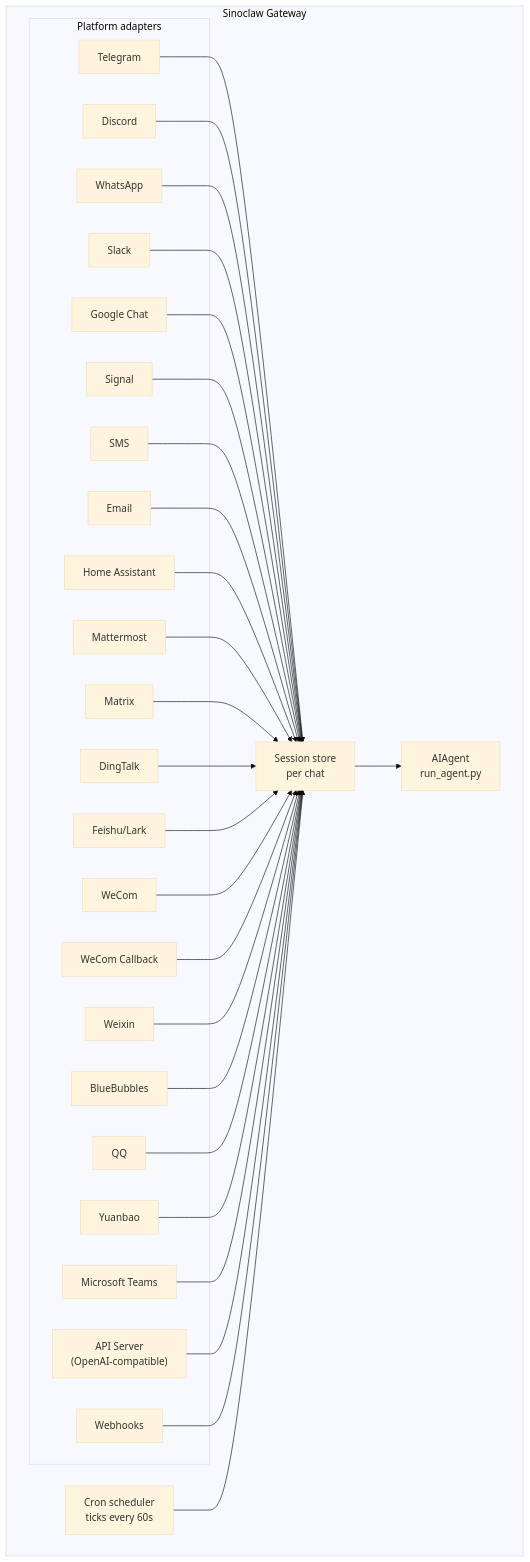
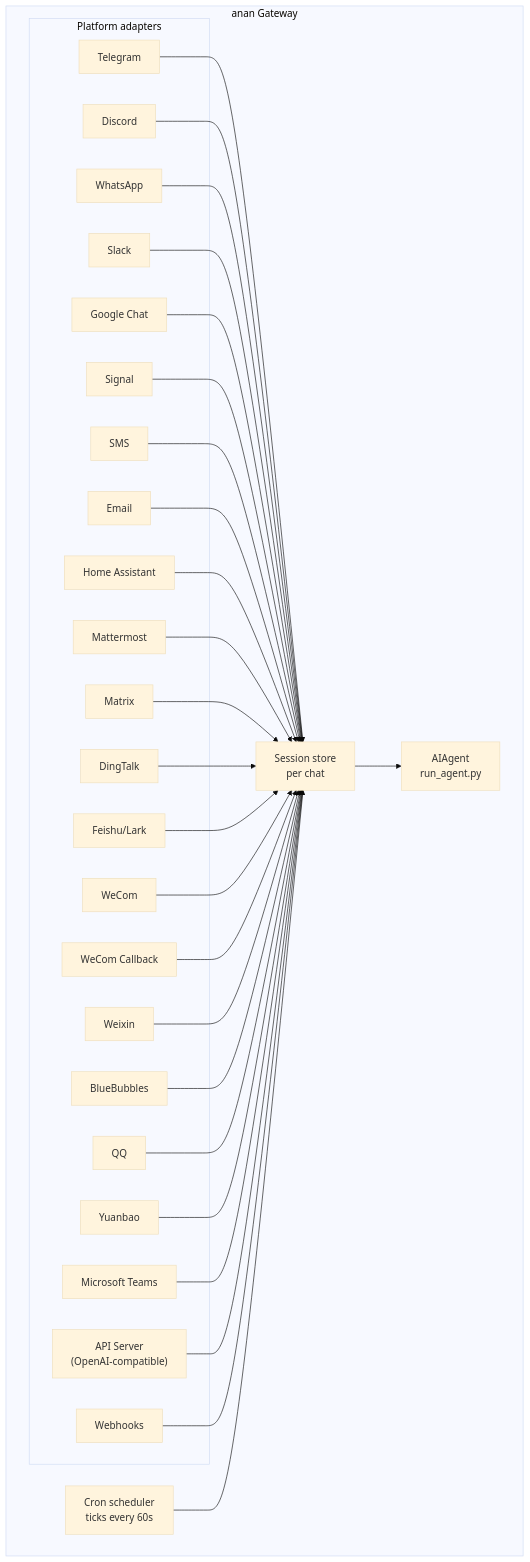
The diagram in website/docs/user-guide/messaging/index.md (sinoclaw/anan), drawn with Mermaid (base theme) before and after one commit. The commit also changed other lines of this file and 882 other files, not shown here.

Commit message:
refactor: sinoclaw→anan brand rename (round 2, 879 files)

````diff
--- a/website/docs/user-guide/messaging/index.md
+++ b/website/docs/user-guide/messaging/index.md
@@ -42,58 +42,58 @@
 ```mermaid
 flowchart TB
-    subgraph Gateway["Sinoclaw Gateway"]
+    subgraph Gateway["anan Gateway"]
         subgraph Adapters["Platform adapters"]
             tg[Telegram]
             dc[Discord]
             wa[WhatsApp]
             sl[Slack]
             gc[Google Chat]
             sig[Signal]
             sms[SMS]
             em[Email]
             ha[Home Assistant]
             mm[Mattermost]
             mx[Matrix]
             dt[DingTalk]
     fs[Feishu/Lark]
     wc[WeCom]
     wcb[WeCom Callback]
     wx[Weixin]
     bb[BlueBubbles]
     qq[QQ]
     yb[Yuanbao]
     ms[Microsoft Teams]
     api["API Server<br/>(OpenAI-compatible)"]
     wh[Webhooks]
         end
 
         store["Session store<br/>per chat"]
         agent["AIAgent<br/>run_agent.py"]
         cron["Cron scheduler<br/>ticks every 60s"]
     end
 
     tg --> store
     dc --> store
     wa --> store
     sl --> store
     gc --> store
     sig --> store
     sms --> store
     em --> store
     ha --> store
     mm --> store
     mx --> store
     dt --> store
     fs --> store
     wc --> store
     wcb --> store
     wx --> store
     bb --> store
     qq --> store
     yb --> store
     ms --> store
     api --> store
     wh --> store
     store --> agent
     cron --> store
 ```
````
